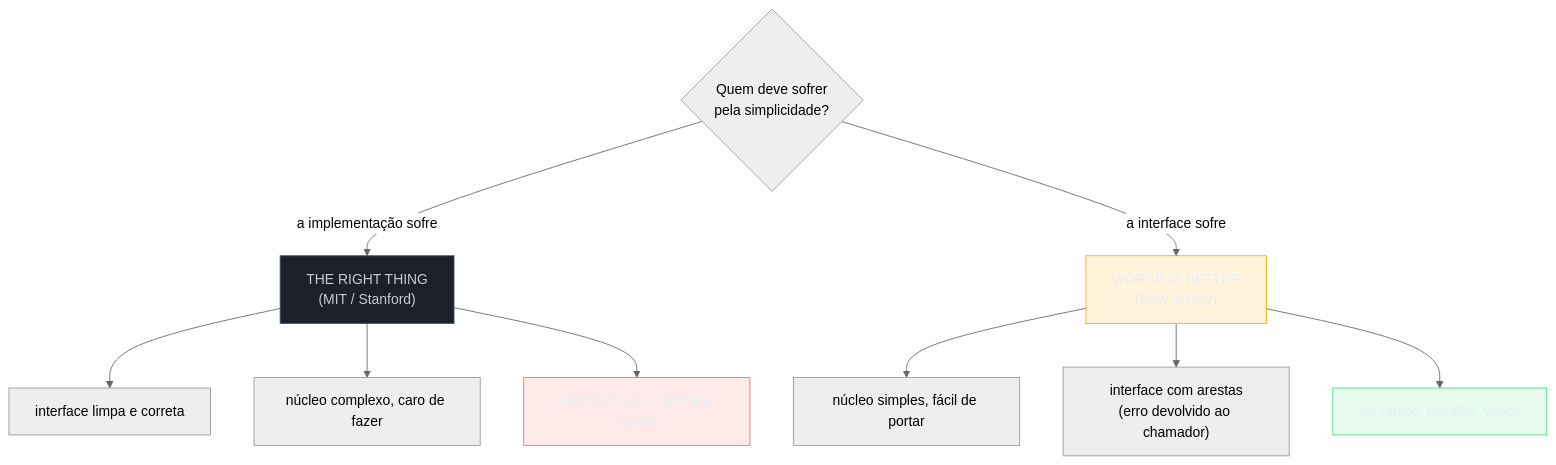
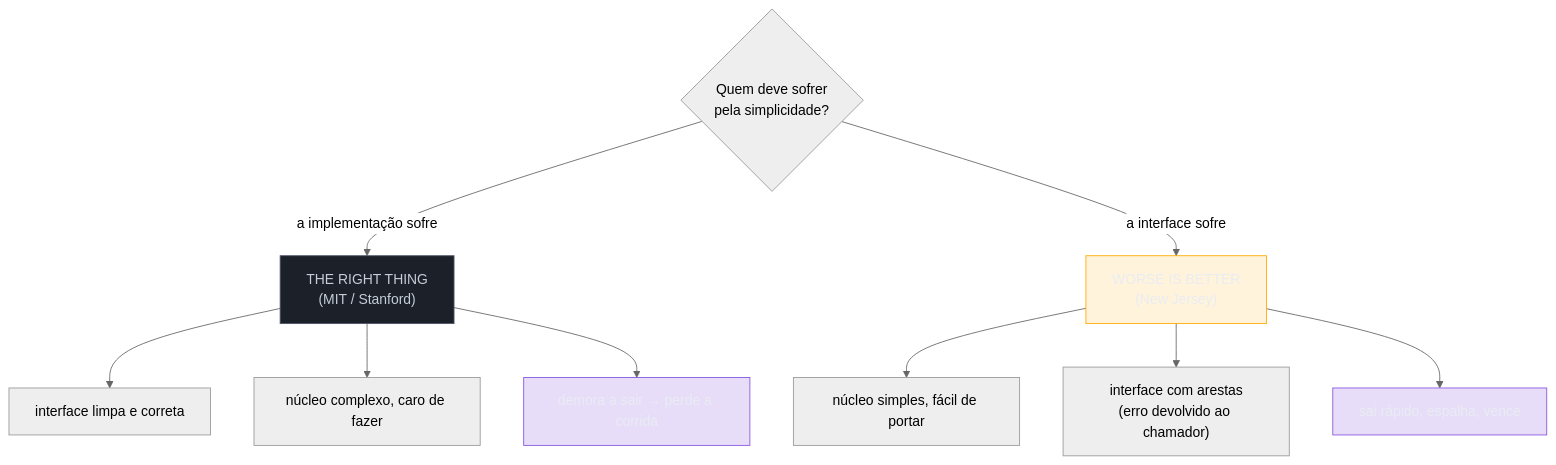
Before and after one commit to josenaldo/codex-technomanticus: the fourth of 4 diagrams in 03-Dominios/Engenharia/Complexidade de Software/03 - Simplicidade não é facilidade.md, drawn with Mermaid (neutral theme). The commit also changed other lines of this file and 601 other files, not shown here.

````diff
--- a/03-Dominios/Engenharia/Complexidade de Software/03 - Simplicidade não é facilidade.md
+++ b/03-Dominios/Engenharia/Complexidade de Software/03 - Simplicidade não é facilidade.md
@@ -357,20 +355,19 @@
 ```mermaid
 flowchart TD
+    classDef marca fill:#8855DF33,stroke:#8855DF,color:#E9ECF2
     classDef neutro fill:#1B2029,stroke:#4E5666,color:#C6CCD8
     classDef destaque fill:#FFAA0024,stroke:#FFAA00,color:#E9ECF2
-    classDef falha fill:#FF6B6B24,stroke:#FF6B6B,color:#E9ECF2
-    classDef ok fill:#4ADE8021,stroke:#4ADE80,color:#E9ECF2
     Q{"Quem deve sofrer<br/>pela simplicidade?"}
     Q -->|"a implementação sofre"| RT["THE RIGHT THING<br/>(MIT / Stanford)"]
     Q -->|"a interface sofre"| WB["WORSE IS BETTER<br/>(New Jersey)"]
     RT --> RT1["interface limpa e correta"]
     RT --> RT2["núcleo complexo, caro de fazer"]
     RT --> RT3["demora a sair → perde a corrida"]
     WB --> WB1["núcleo simples, fácil de portar"]
     WB --> WB2["interface com arestas<br/>(erro devolvido ao chamador)"]
     WB --> WB3["sai rápido, espalha, vence"]
     class RT neutro
     class WB destaque
-    class RT3 falha
-    class WB3 ok
+    class RT3 marca
+    class WB3 marca
 ```
````
